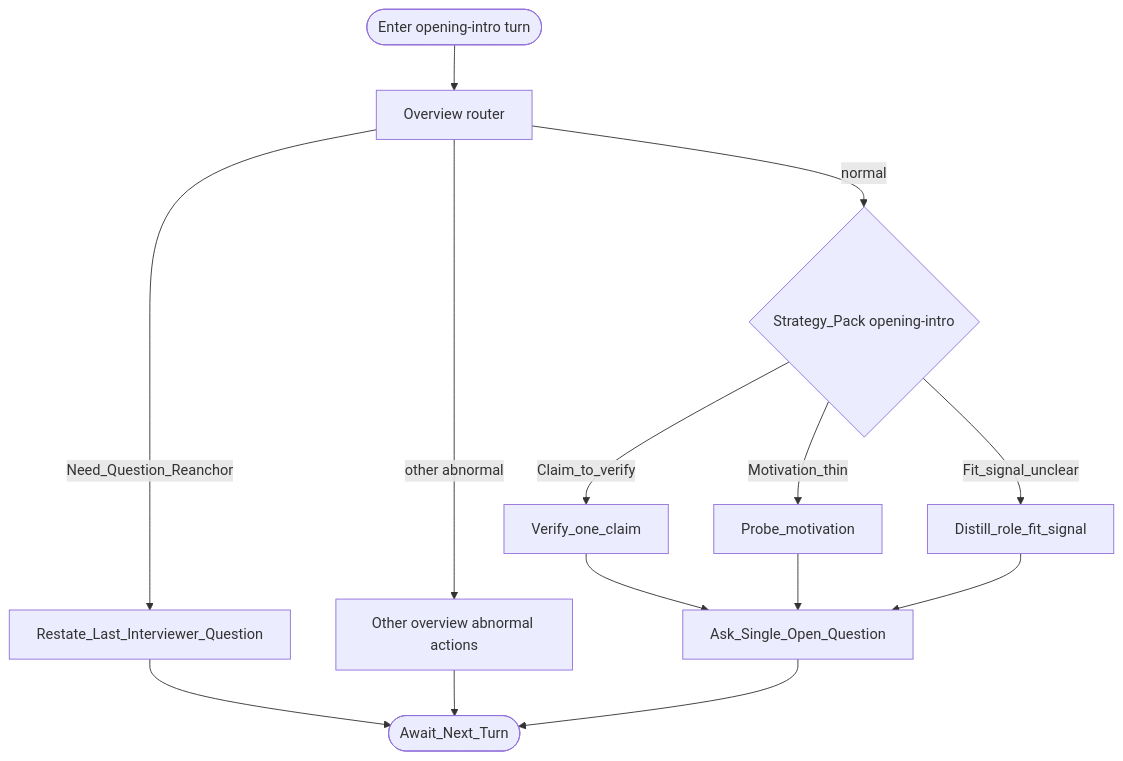
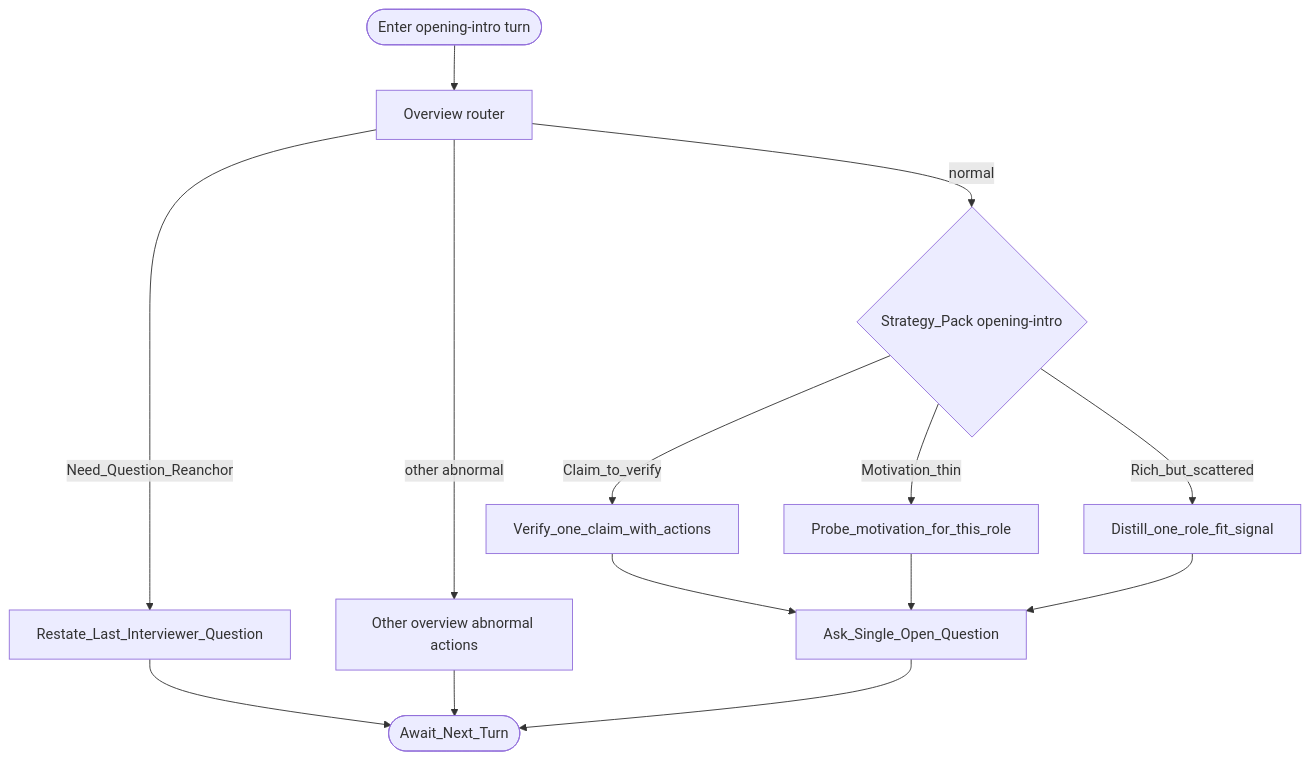
The diagram in maps/opening-intro.md (yuanlin-82/ai-interview-decision-map), drawn with Mermaid before and after one commit. The commit also changed other lines of this file and 20 other files, not shown here.

````diff
--- a/maps/opening-intro.md
+++ b/maps/opening-intro.md
@@ -5,18 +5,18 @@
 ```mermaid
 flowchart TD
   Start([Enter opening-intro turn]) --> Ov[Overview router]
   Ov -->|Need_Question_Reanchor| R[Restate_Last_Interviewer_Question]
   Ov -->|other abnormal| Ab[Other overview abnormal actions]
   Ov -->|normal| Pack{Strategy_Pack opening-intro}
 
-  Pack -->|Claim_to_verify| V[Verify_one_claim]
-  Pack -->|Motivation_thin| M[Probe_motivation]
-  Pack -->|Fit_signal_unclear| F[Distill_role_fit_signal]
+  Pack -->|Claim_to_verify| V[Verify_one_claim_with_actions]
+  Pack -->|Motivation_thin| M[Probe_motivation_for_this_role]
+  Pack -->|Rich_but_scattered| F[Distill_one_role_fit_signal]
 
   V --> One[Ask_Single_Open_Question]
   M --> One
   F --> One
   R --> Await([Await_Next_Turn])
   Ab --> Await
   One --> Await
 ```
````
